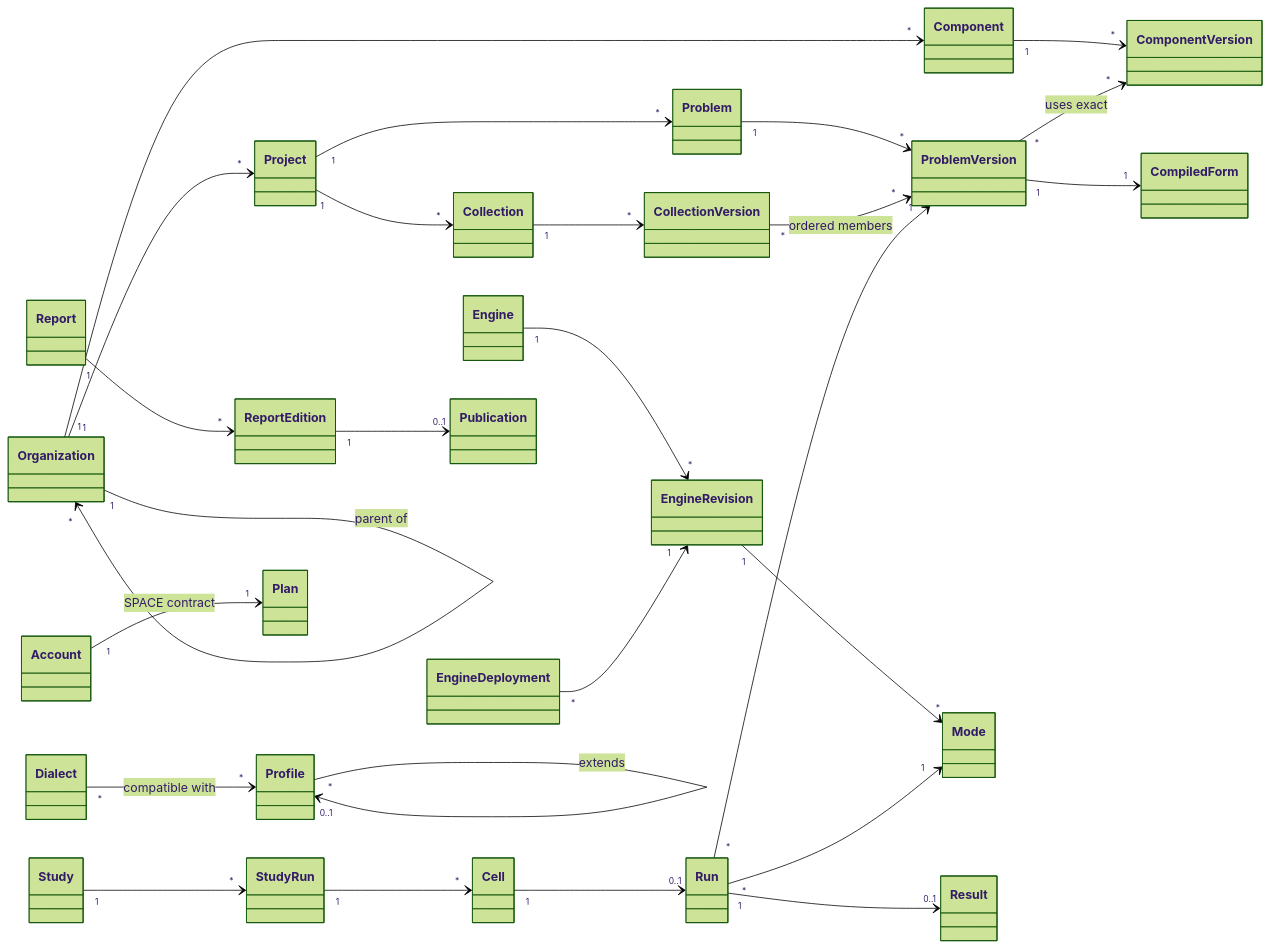
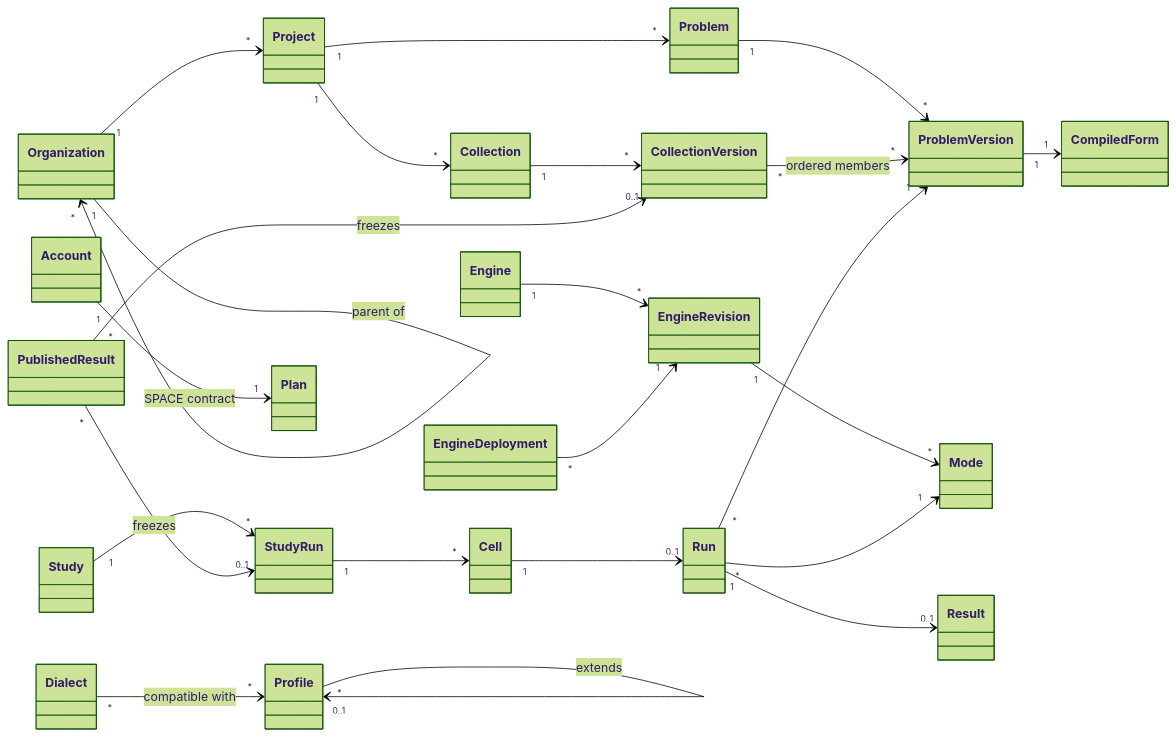
One commit to isa-group/OpenBinding changed the third of 6 diagrams in docs/ARCHITECTURE.md. Above: the diagram before and after it, drawn with Mermaid (forest theme). The commit also changed other lines of this file and 11 other files, not shown here.

First line of the commit message:
docs(architecture): align architecture, roadmap and agent guide with the smaller platform

````diff
--- a/docs/ARCHITECTURE.md
+++ b/docs/ARCHITECTURE.md
@@ -222,29 +272,26 @@
 ```mermaid
 classDiagram
   direction LR
   Organization "1" --> "*" Organization : parent of
   Organization "1" --> "*" Project
-  Organization "1" --> "*" Component
-  Component "1" --> "*" ComponentVersion
   Project "1" --> "*" Problem
   Problem "1" --> "*" ProblemVersion
-  ProblemVersion "*" --> "*" ComponentVersion : uses exact
   ProblemVersion "1" --> "1" CompiledForm
   Project "1" --> "*" Collection
   Collection "1" --> "*" CollectionVersion
   CollectionVersion "*" --> "*" ProblemVersion : ordered members
   Engine "1" --> "*" EngineRevision
   EngineRevision "1" --> "*" Mode
   EngineDeployment "*" --> "1" EngineRevision
   Run "*" --> "1" ProblemVersion
   Run "*" --> "1" Mode
   Run "1" --> "0..1" Result
   Study "1" --> "*" StudyRun
   StudyRun "1" --> "*" Cell
   Cell "1" --> "0..1" Run
-  Report "1" --> "*" ReportEdition
-  ReportEdition "1" --> "0..1" Publication
+  PublishedResult "*" --> "0..1" StudyRun : freezes
+  PublishedResult "*" --> "0..1" CollectionVersion : freezes
   Profile "*" --> "0..1" Profile : extends
   Dialect "*" --> "*" Profile : compatible with
   Account "1" --> "1" Plan : SPACE contract
 ```
````
